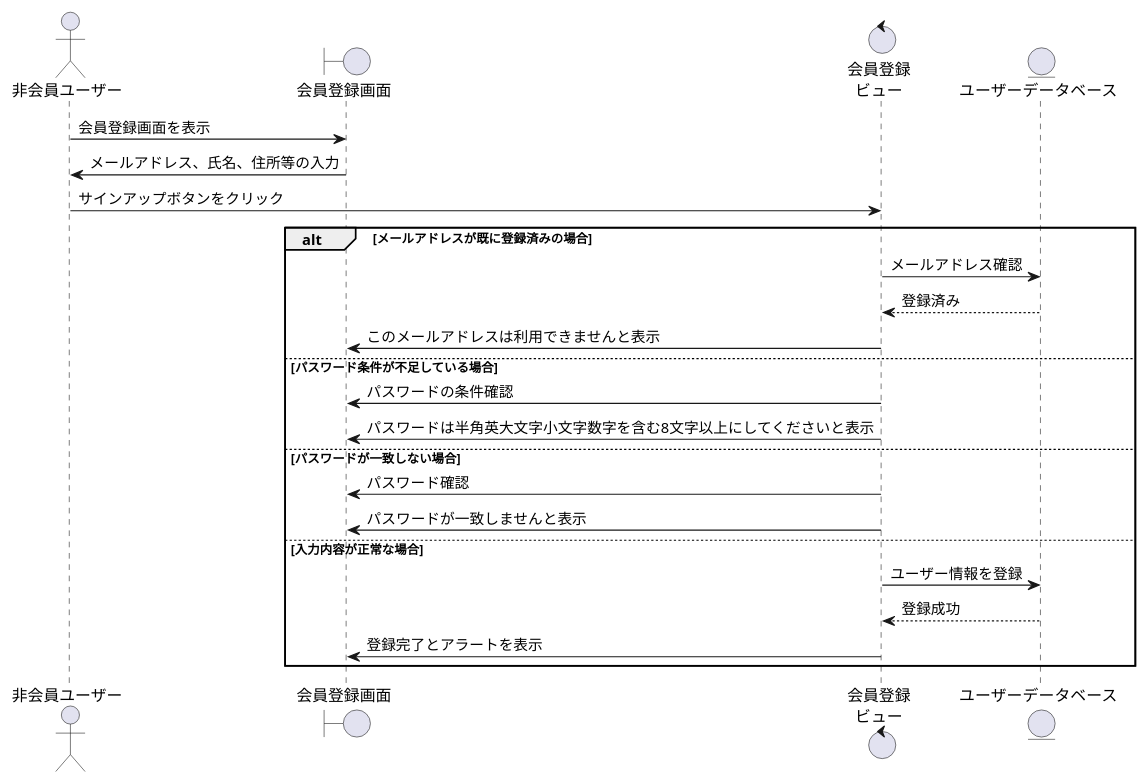
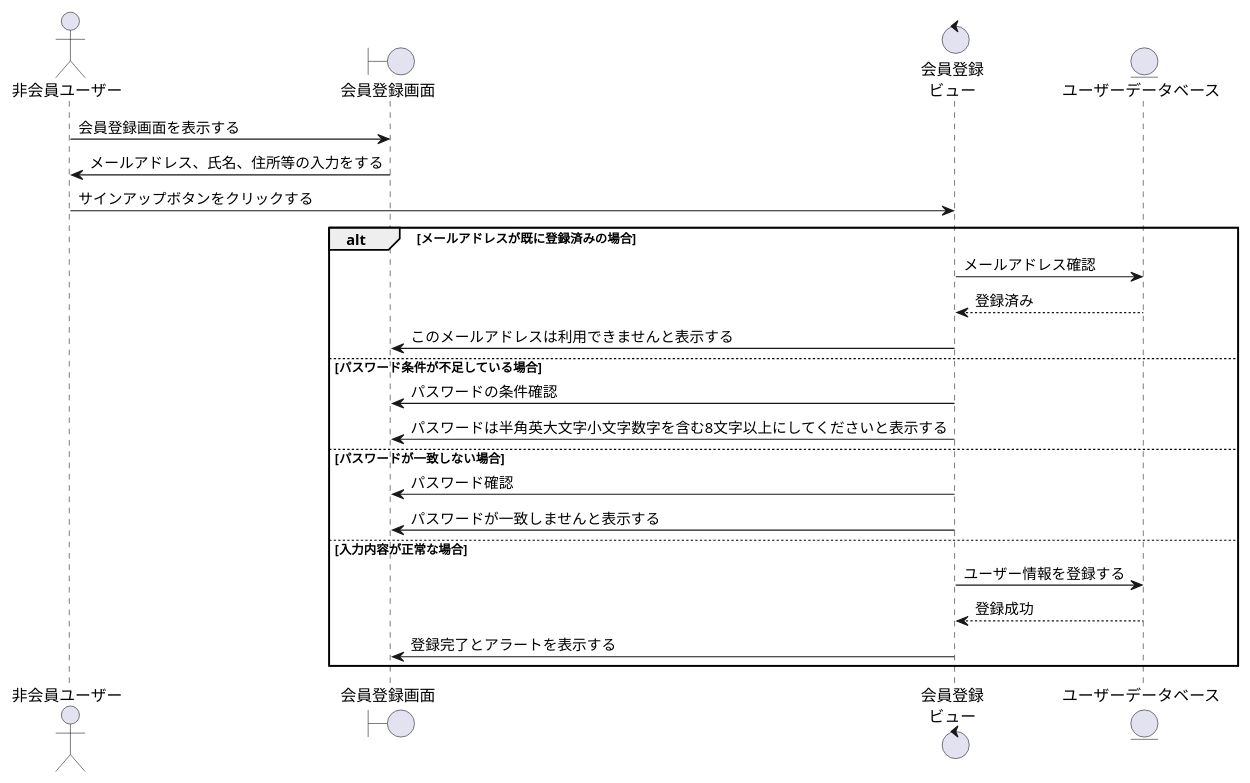
One commit to ysyk-wtnb16/team_D changed the diagram in BBショップ/会員登録.wsd. Above: the diagram before and after it, drawn with PlantUML. The commit also changed 1 other file, not shown here.

```diff
--- a/BBショップ/会員登録.wsd
+++ b/BBショップ/会員登録.wsd
@@ -1,29 +1,29 @@
 @startuml kaiin_touroku 
 actor "非会員ユーザー" as user
 boundary "会員登録画面" as reg
 control "会員登録\nビュー" as regv
 entity "ユーザーデータベース" as db
 
 
-user -> reg: 会員登録画面を表示
-reg -> user: メールアドレス、氏名、住所等の入力
-user -> regv: サインアップボタンをクリック
+user -> reg: 会員登録画面を表示する
+reg -> user: メールアドレス、氏名、住所等の入力をする
+user -> regv: サインアップボタンをクリックする
 
 alt メールアドレスが既に登録済みの場合
     regv -> db: メールアドレス確認
     db --> regv: 登録済み
-    regv -> reg: このメールアドレスは利用できませんと表示
+    regv -> reg: このメールアドレスは利用できませんと表示する
 else パスワード条件が不足している場合
     regv -> reg: パスワードの条件確認
-    regv -> reg: パスワードは半角英大文字小文字数字を含む8文字以上にしてくださいと表示
+    regv -> reg: パスワードは半角英大文字小文字数字を含む8文字以上にしてくださいと表示する
 else パスワードが一致しない場合
     regv -> reg: パスワード確認
-    regv -> reg: パスワードが一致しませんと表示
+    regv -> reg: パスワードが一致しませんと表示する
 else 入力内容が正常な場合
-    regv -> db: ユーザー情報を登録
+    regv -> db: ユーザー情報を登録する
     db --> regv: 登録成功
-    regv -> reg: 登録完了とアラートを表示
+    regv -> reg: 登録完了とアラートを表示する
 
 end
 
 @enduml
```
